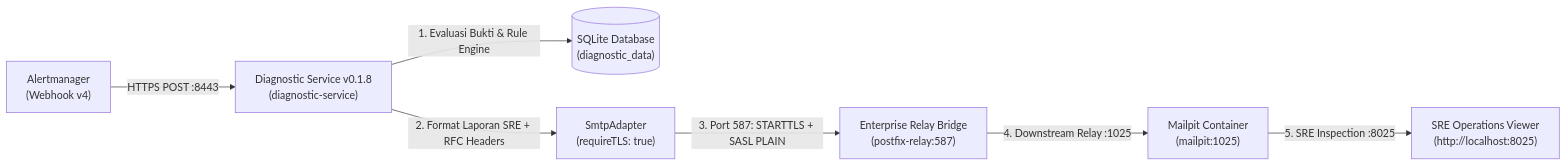
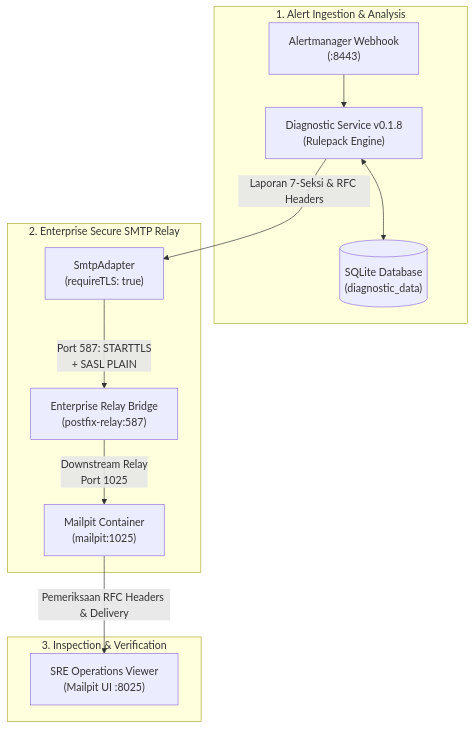
The diagram in docs/projects/tomcat-monitoring/engineering-journal/monitoring-platform-integration/TN-010-implement-and-verify-enterprise-smtp-configuration-and-headers.md (edkas07-oss/devops-handbook), drawn with Mermaid before and after one commit.

Commit message:
docs(tomcat-monitoring): refine TN-010 Mermaid architecture diagram layout

````diff
--- a/docs/projects/tomcat-monitoring/engineering-journal/monitoring-platform-integration/TN-010-implement-and-verify-enterprise-smtp-configuration-and-headers.md
+++ b/docs/projects/tomcat-monitoring/engineering-journal/monitoring-platform-integration/TN-010-implement-and-verify-enterprise-smtp-configuration-and-headers.md
@@ -115,9 +115,20 @@
 ```mermaid
-flowchart LR
-    AM["Alertmanager<br/>(Webhook v4)"] -->|HTTPS POST :8443| DS["Diagnostic Service v0.1.8<br/>(diagnostic-service)"]
-    DS -->|1. Evaluasi Bukti & Rule Engine| DB[("SQLite Database<br/>(diagnostic_data)")]
-    DS -->|2. Format Laporan SRE + RFC Headers| SA["SmtpAdapter<br/>(requireTLS: true)"]
-    SA -->|3. Port 587: STARTTLS + SASL PLAIN| PR["Enterprise Relay Bridge<br/>(postfix-relay:587)"]
-    PR -->|4. Downstream Relay :1025| MP["Mailpit Container<br/>(mailpit:1025)"]
-    MP -->|5. SRE Inspection :8025| SRE["SRE Operations Viewer<br/>(http://localhost:8025)"]
+%%{init: {themeVariables: { fontSize: 12px }}}%%
+flowchart TD
+    subgraph INGEST["1. Alert Ingestion & Analysis"]
+        AM["Alertmanager Webhook<br/>(:8443)"] --> DS["Diagnostic Service v0.1.8<br/>(Rulepack Engine)"]
+        DS <--> DB[("SQLite Database<br/>(diagnostic_data)")]
+    end
+
+    subgraph RELAY["2. Enterprise Secure SMTP Relay"]
+        SA["SmtpAdapter<br/>(requireTLS: true)"] -->|Port 587: STARTTLS<br/>+ SASL PLAIN| PR["Enterprise Relay Bridge<br/>(postfix-relay:587)"]
+        PR -->|Downstream Relay<br/>Port 1025| MP["Mailpit Container<br/>(mailpit:1025)"]
+    end
+
+    subgraph AUDIT["3. Inspection & Verification"]
+        SRE["SRE Operations Viewer<br/>(Mailpit UI :8025)"]
+    end
+
+    DS -->|Laporan 7-Seksi & RFC Headers| SA
+    MP -->|Pemeriksaan RFC Headers & Delivery| SRE
 ```
````
